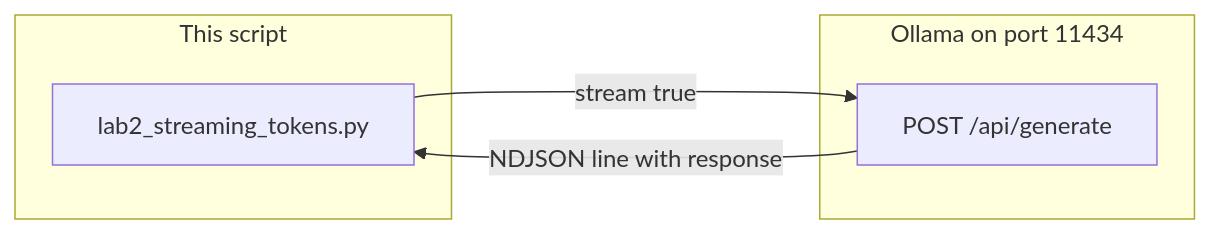
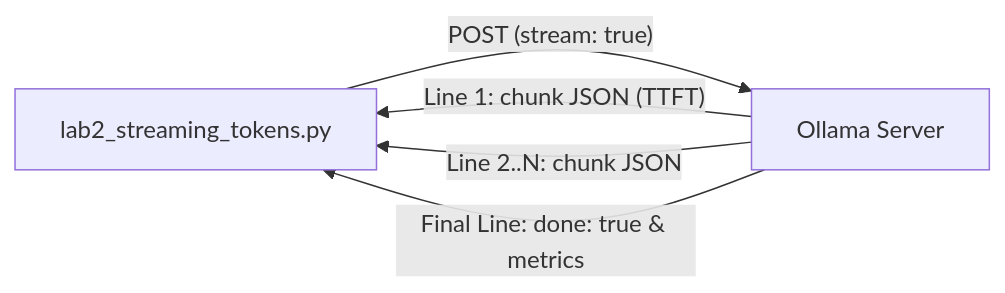
The diagram in education/01_the_call/lab2_streaming_tokens.md (jacobbweber/AgenticAI-Labs), drawn with Mermaid before and after one commit. The commit also changed other lines of this file and 123 other files, not shown here.

````diff
--- a/education/01_the_call/lab2_streaming_tokens.md
+++ b/education/01_the_call/lab2_streaming_tokens.md
@@ -12,11 +16,7 @@
 ```mermaid
 flowchart LR
-    subgraph lab2_script [This script]
-        S["lab2_streaming_tokens.py"]
-    end
-    subgraph lab2_host [Ollama on port 11434]
-        H["POST /api/generate"]
-    end
-    S -->|"stream true"| H
-    H -->|"NDJSON line with response"| S
+    A["lab2_streaming_tokens.py"] -->|"POST (stream: true)"| B["Ollama Server"]
+    B -->|"Line 1: chunk JSON (TTFT)"| A
+    B -->|"Line 2..N: chunk JSON"| A
+    B -->|"Final Line: done: true & metrics"| A
 ```
````
